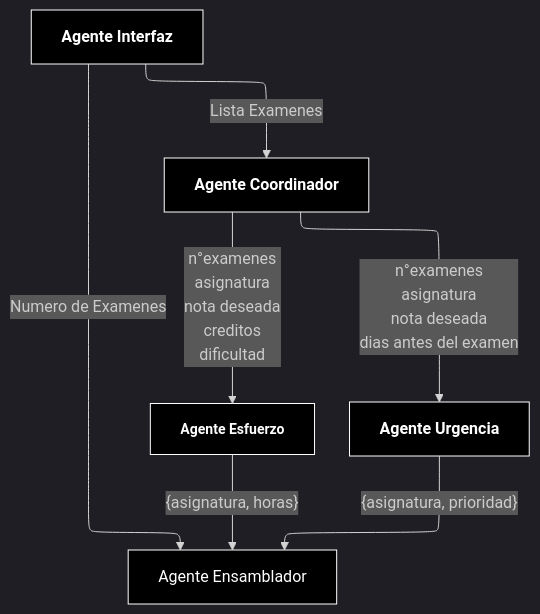
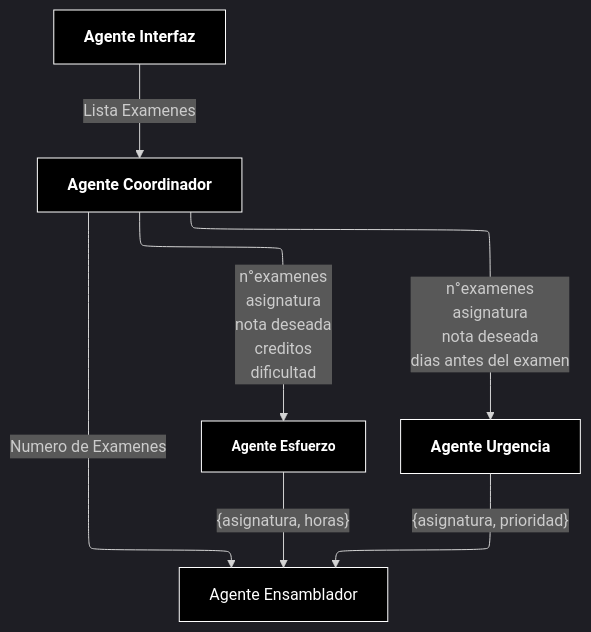
Before and after one commit to elencantabuelas/ProyectoSI: the diagram in README.md, drawn with Mermaid.

``````diff
--- a/README.md
+++ b/README.md
@@ -100,30 +100,30 @@
 ```mermaid
 ---
 config:
   layout: elk
   theme: dark
 ---
 flowchart TB
     A["`**Agente Interfaz**`"] -- Lista Examenes --> B["`**Agente Coordinador**`"]
     B -- n°examenes<br>asignatura<br>nota deseada<br>creditos<br>dificultad --> C["`**Agente Esfuerzo**`"]
     B -- n°examenes<br>asignatura<br>nota deseada<br>dias antes del examen --> D["`**Agente Urgencia**`"]
     C -- {asignatura, horas} --> E["Agente Ensamblador"]
     D -- {asignatura, prioridad} --> E
-    A -- Numero de Examenes --> E
+    B -- Numero de Examenes --> E
 
      A:::interfaz
      B:::coordinador
      C:::esfuerzo
      D:::urgencia
      E:::ensamblador
     classDef interfaz stroke:#818cf8,fill:#eef2ff
     classDef coordinador stroke:#a78bfa,fill:#f5f3ff
     classDef esfuerzo stroke:#2dd4bf,fill:#f0fdfa
     classDef urgencia stroke:#fb923c,fill:#fff7ed
     classDef ensamblador stroke:#4ade80,fill:#f0fdf4
     style A fill:#000000,stroke:#ffffff,color:#ffffff
     style B color:#ffffff,fill:#000000,stroke:#ffffff
     style C stroke:#ffffff,fill:#000000,font-size:14px,color:#ffffff
     style D fill:#000000,stroke:#ffffff,color:#ffffff
     style E stroke:#ffffff,color:#ffffff,fill:#000000
 `````
``````
